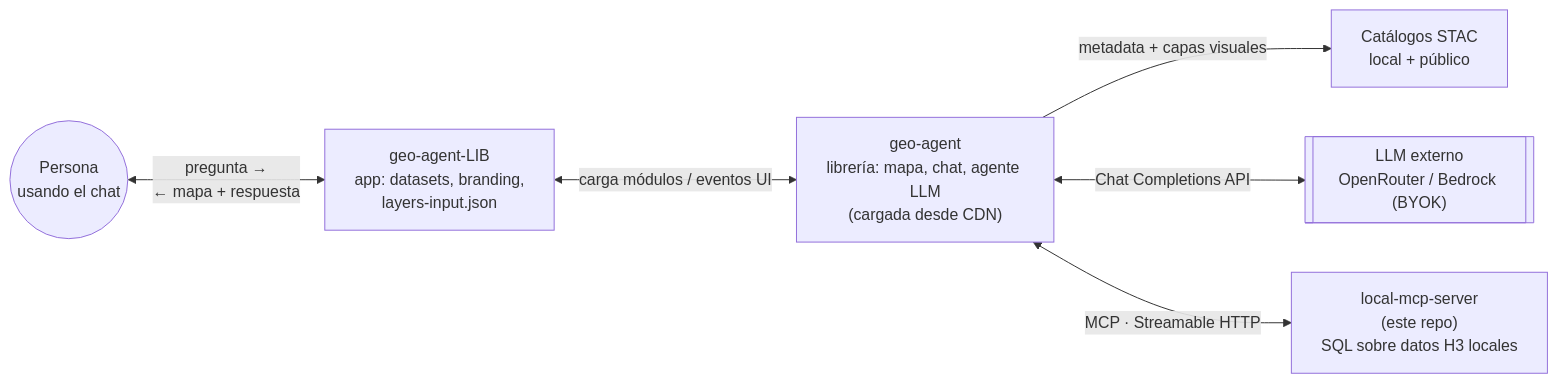
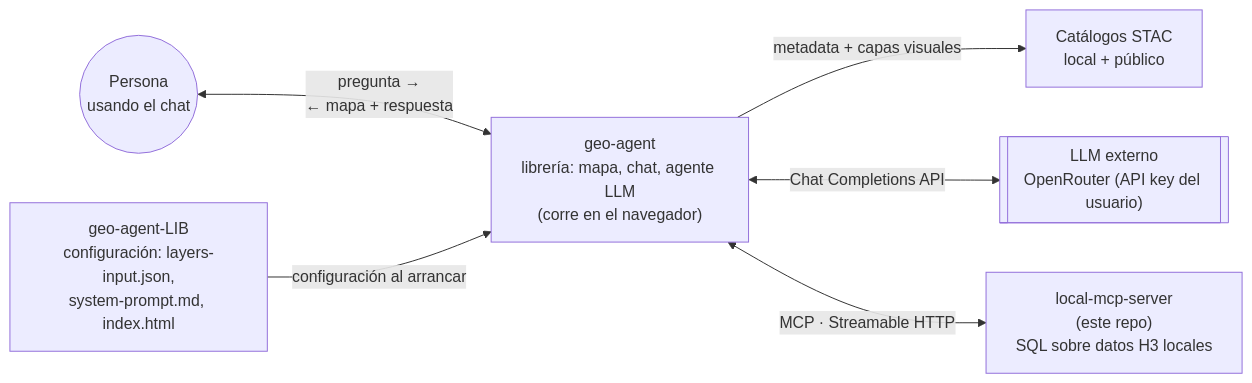
Before and after one commit to PEM-Humboldt/local-mcp-server: the first of 2 diagrams in README.md, drawn with Mermaid.

Commit message:
diagran modified

````diff
--- a/README.md
+++ b/README.md
@@ -24,15 +24,15 @@
 ```mermaid
 flowchart LR
     User(("Persona<br/>usando el chat"))
-    LIB["geo-agent-LIB<br/>app: datasets, branding,<br/>layers-input.json"]
-    LibCore["geo-agent<br/>librería: mapa, chat, agente LLM<br/>(cargada desde CDN)"]
+    LIB["geo-agent-LIB<br/>configuración: layers-input.json,<br/>system-prompt.md, index.html"]
+    LibCore["geo-agent<br/>librería: mapa, chat, agente LLM<br/>(corre en el navegador)"]
     MCP["local-mcp-server<br/>(este repo)<br/>SQL sobre datos H3 locales"]
     STAC["Catálogos STAC<br/>local + público"]
-    LLM[["LLM externo<br/>OpenRouter / Bedrock (BYOK)"]]
+    LLM[["LLM externo<br/>OpenRouter (API key del usuario)"]]
 
-    User <-->|"pregunta →<br/>← mapa + respuesta"| LIB
-    LIB <-->|carga módulos / eventos UI| LibCore
+    User <-->|"pregunta →<br/>← mapa + respuesta"| LibCore
+    LIB -->|configuración al arrancar| LibCore
     LibCore -->|metadata + capas visuales| STAC
     LibCore <-->|Chat Completions API| LLM
     LibCore <-->|MCP · Streamable HTTP| MCP
 ```
````
